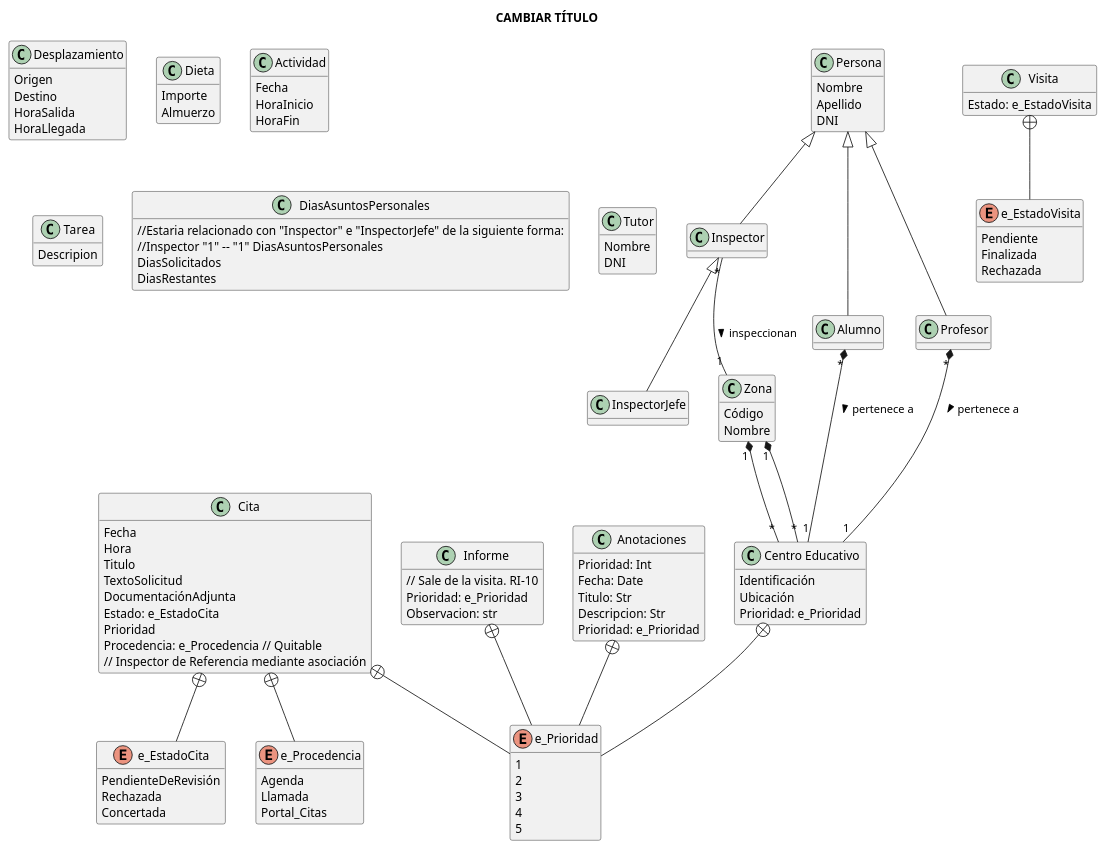
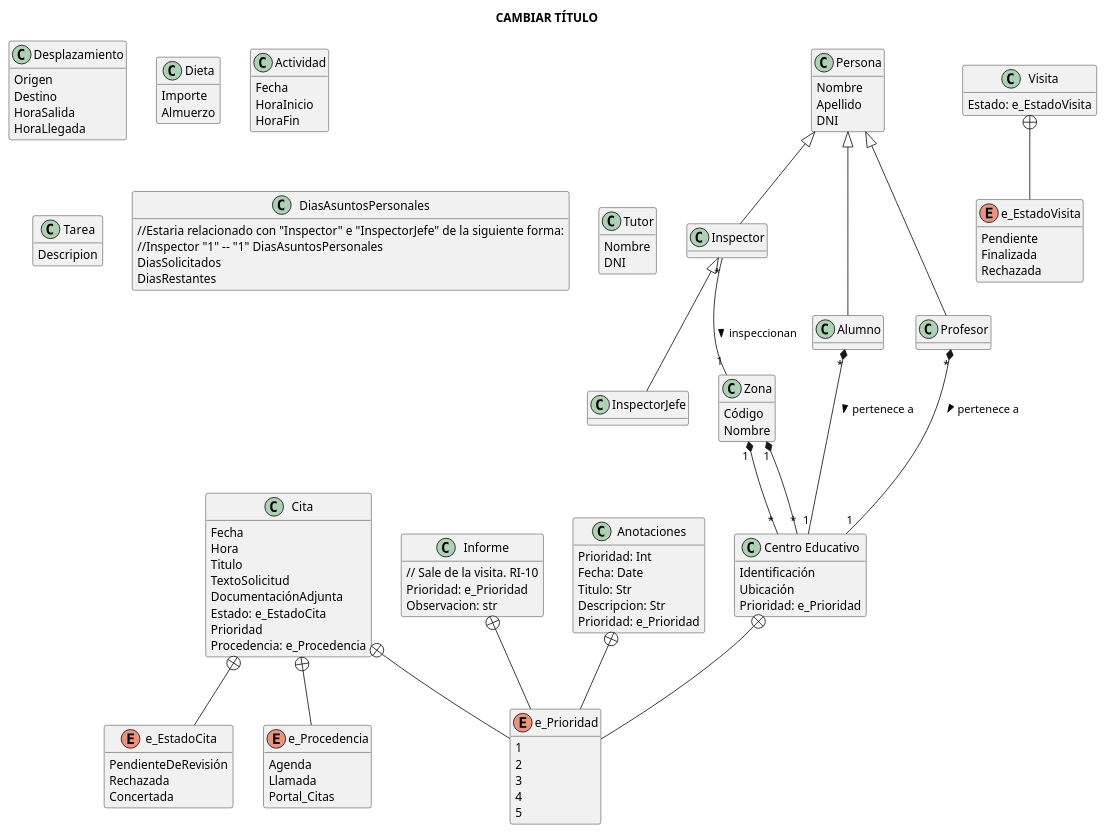
One commit to lorenzomaranon/ProyectoBD_Inspeccion_Educativa changed the diagram in docs/modelado_conceptual.puml. Above: the diagram before and after it, drawn with PlantUML.

Commit message:
añade tipo e_procedencia a cita.procedencia

```diff
--- a/docs/modelado_conceptual.puml
+++ b/docs/modelado_conceptual.puml
@@ -121,8 +121,7 @@
     DocumentaciónAdjunta
     Estado: e_EstadoCita
     Prioridad
-    Procedencia: e_Procedencia // Quitable
-    // Inspector de Referencia mediante asociación
+    Procedencia: e_Procedencia
 }
 
 enum e_EstadoCita{
```
